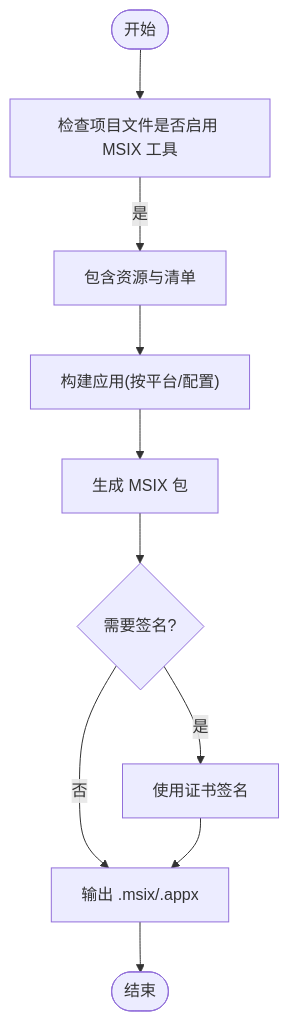
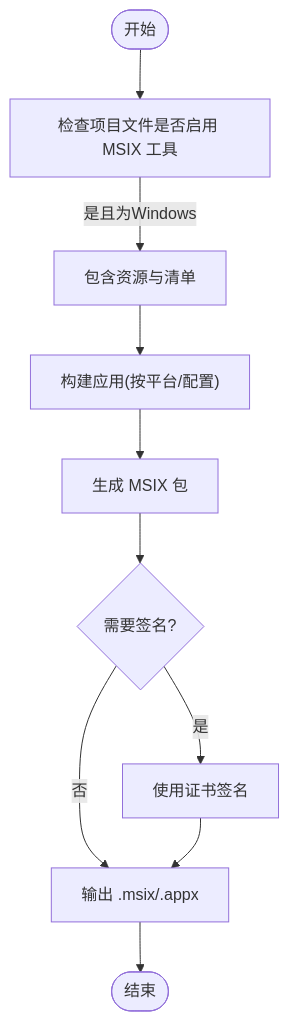
The fourth of 7 diagrams in .qoder/repowiki/zh/content/开发指南/部署发布.md (AgenticDesktop/App), drawn with Mermaid before and after one commit. The commit also changed other lines of this file and 108 other files, not shown here.

````diff
--- a/.qoder/repowiki/zh/content/开发指南/部署发布.md
+++ b/.qoder/repowiki/zh/content/开发指南/部署发布.md
@@ -122,12 +174,12 @@
 ```mermaid
 flowchart TD
 Start(["开始"]) --> CheckProj["检查项目文件是否启用 MSIX 工具"]
-CheckProj --> |是| IncludeAssets["包含资源与清单"]
+CheckProj --> |是且为Windows| IncludeAssets["包含资源与清单"]
 IncludeAssets --> BuildApp["构建应用(按平台/配置)"]
 BuildApp --> PackMSIX["生成 MSIX 包"]
 PackMSIX --> SignCheck{"需要签名?"}
 SignCheck --> |是| SignMSIX["使用证书签名"]
 SignCheck --> |否| Output["输出 .msix/.appx"]
 SignMSIX --> Output
 Output --> End(["结束"])
 ```
````
